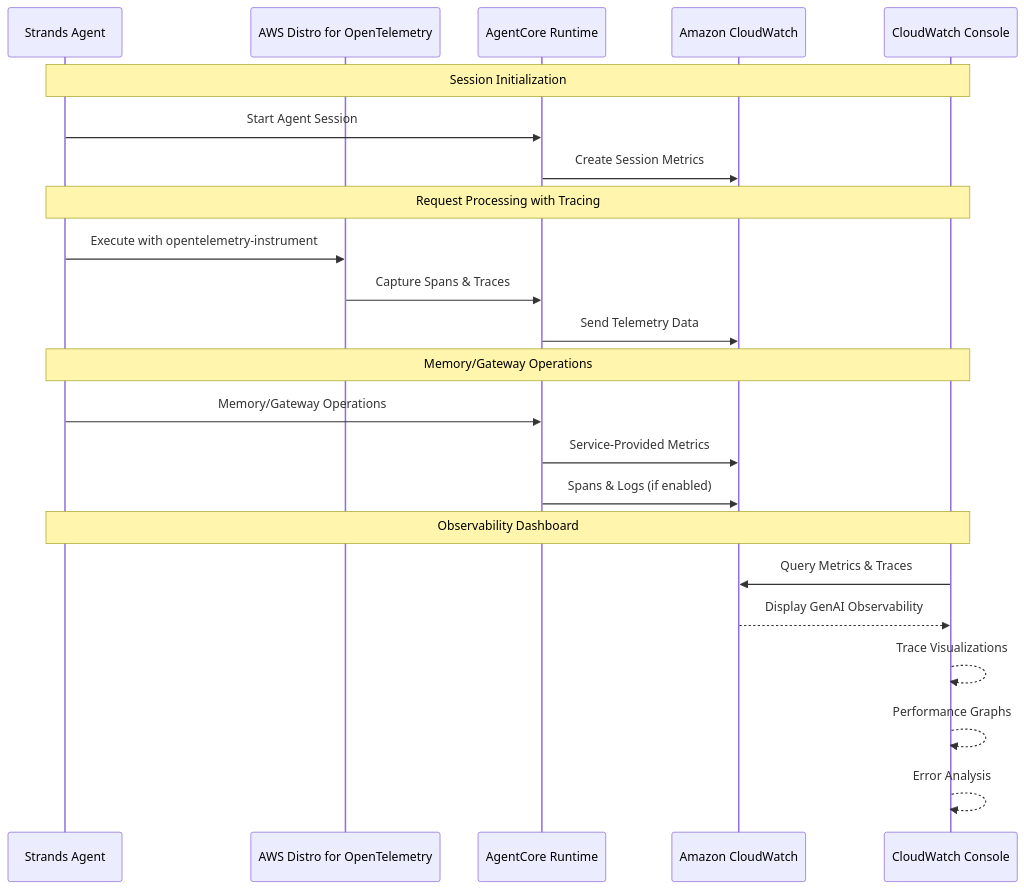
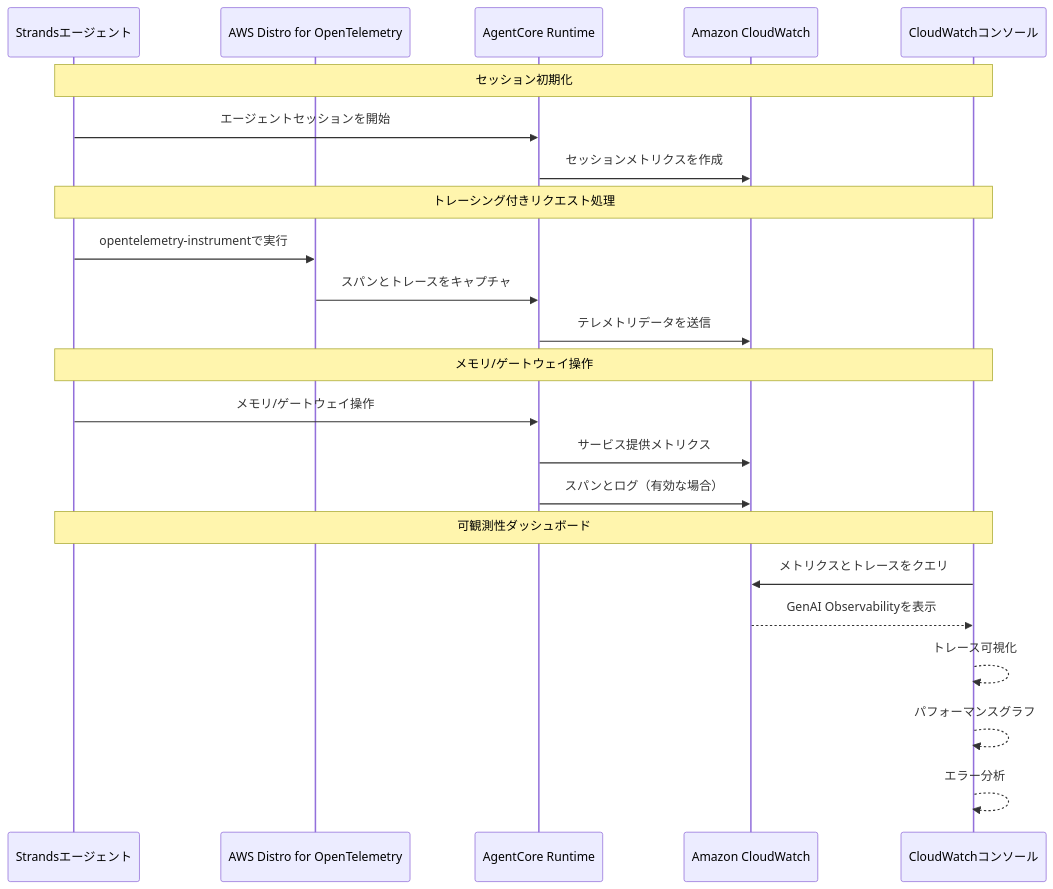
One commit to tetsuo-nobe/sample-amazon-bedrock-agentcore-jp changed the diagram in 05_observability/README.md. Above: the diagram before and after it, drawn with Mermaid. The commit also changed other lines of this file and 17 other files, not shown here.

````diff
--- a/05_observability/README.md
+++ b/05_observability/README.md
@@ -9,29 +9,29 @@
 ```mermaid
 sequenceDiagram
-    participant Agent as Strands Agent
+    participant Agent as Strandsエージェント
     participant ADOT as AWS Distro for OpenTelemetry
     participant AgentCore as AgentCore Runtime
     participant CloudWatch as Amazon CloudWatch
-    participant Console as CloudWatch Console
+    participant Console as CloudWatchコンソール
 
-    Note over Agent,Console: Session Initialization
-    Agent->>AgentCore: Start Agent Session
-    AgentCore->>CloudWatch: Create Session Metrics
+    Note over Agent,Console: セッション初期化
+    Agent->>AgentCore: エージェントセッションを開始
+    AgentCore->>CloudWatch: セッションメトリクスを作成
     
-    Note over Agent,Console: Request Processing with Tracing
-    Agent->>ADOT: Execute with opentelemetry-instrument
-    ADOT->>AgentCore: Capture Spans & Traces
-    AgentCore->>CloudWatch: Send Telemetry Data
+    Note over Agent,Console: トレーシング付きリクエスト処理
+    Agent->>ADOT: opentelemetry-instrumentで実行
+    ADOT->>AgentCore: スパンとトレースをキャプチャ
+    AgentCore->>CloudWatch: テレメトリデータを送信
     
-    Note over Agent,Console: Memory/Gateway Operations
-    Agent->>AgentCore: Memory/Gateway Operations
-    AgentCore->>CloudWatch: Service-Provided Metrics
-    AgentCore->>CloudWatch: Spans & Logs (if enabled)
+    Note over Agent,Console: メモリ/ゲートウェイ操作
+    Agent->>AgentCore: メモリ/ゲートウェイ操作
+    AgentCore->>CloudWatch: サービス提供メトリクス
+    AgentCore->>CloudWatch: スパンとログ（有効な場合）
     
-    Note over Agent,Console: Observability Dashboard
-    Console->>CloudWatch: Query Metrics & Traces
-    CloudWatch-->>Console: Display GenAI Observability
-    Console-->>Console: Trace Visualizations
-    Console-->>Console: Performance Graphs
-    Console-->>Console: Error Analysis
+    Note over Agent,Console: 可観測性ダッシュボード
+    Console->>CloudWatch: メトリクスとトレースをクエリ
+    CloudWatch-->>Console: GenAI Observabilityを表示
+    Console-->>Console: トレース可視化
+    Console-->>Console: パフォーマンスグラフ
+    Console-->>Console: エラー分析
 ```
````
